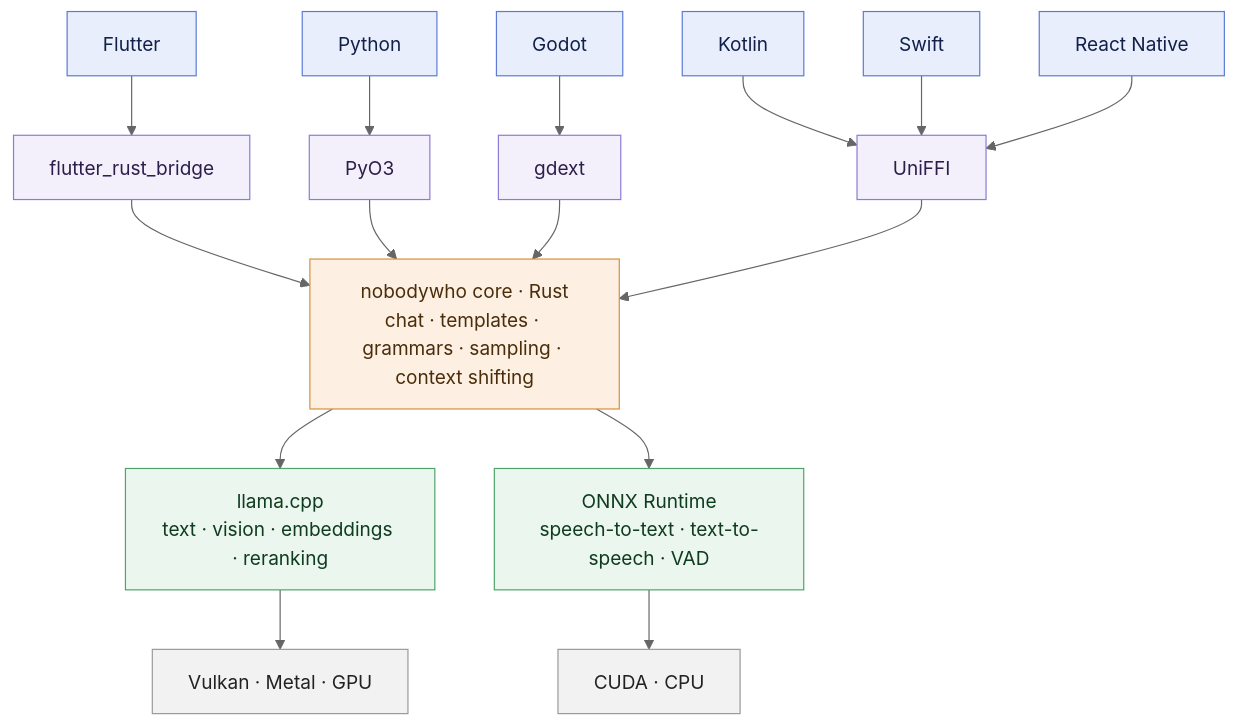
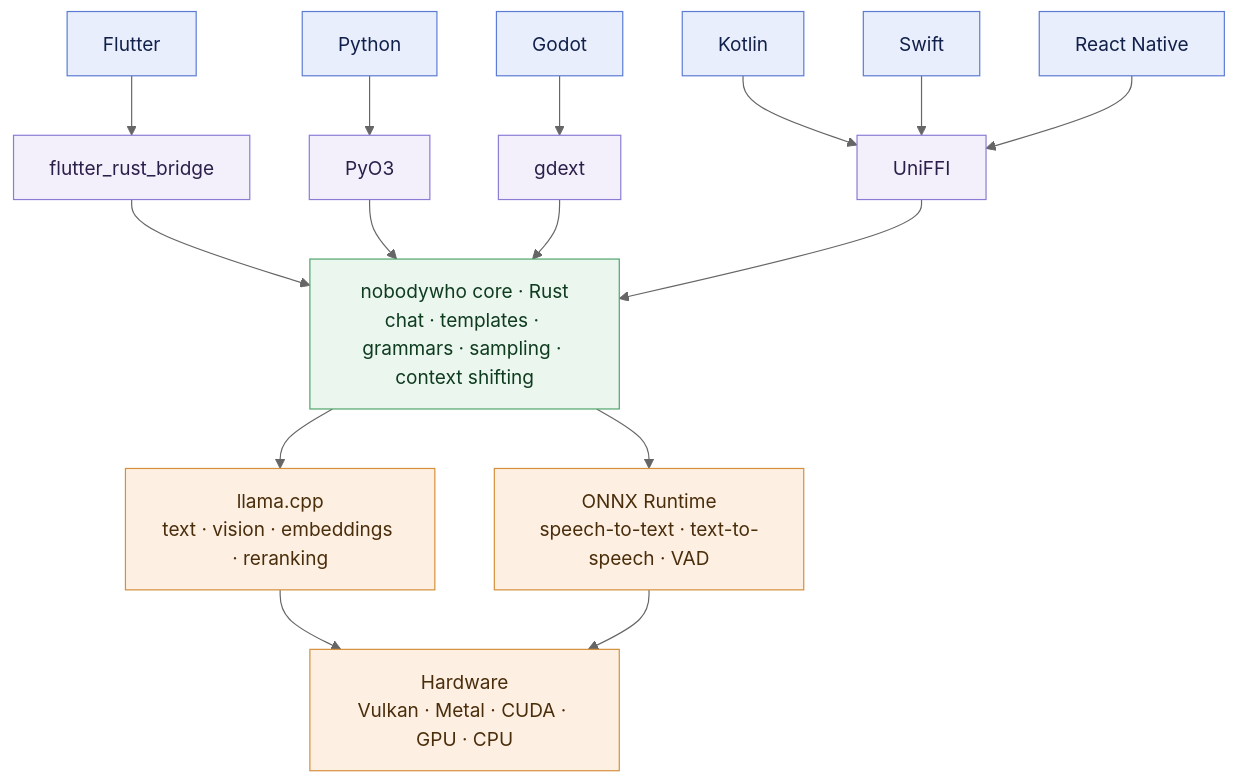
Before and after one commit to pielouNW/test-readme: the diagram in README.md, drawn with Mermaid (neutral theme).

````diff
--- a/README.md
+++ b/README.md
@@ -35,40 +35,40 @@
 ```mermaid
 flowchart TD
     FL["Flutter"]:::lang
     PY["Python"]:::lang
     GO["Godot"]:::lang
     K["Kotlin"]:::lang
     S["Swift"]:::lang
     RN["React Native"]:::lang
 
     FRB["flutter_rust_bridge"]:::glue
     P3["PyO3"]:::glue
     GX["gdext"]:::glue
     U["UniFFI"]:::glue
 
     FL --> FRB
     PY --> P3
     GO --> GX
     K --> U
     S --> U
     RN --> U
 
     CORE["nobodywho core · Rust<br/>chat · templates · grammars · sampling · context shifting"]:::core
 
     FRB --> CORE
     P3 --> CORE
     GX --> CORE
     U --> CORE
 
     CORE --> LCPP["llama.cpp<br/>text · vision · embeddings · reranking"]:::engine
     CORE --> ORT["ONNX Runtime<br/>speech-to-text · text-to-speech · VAD"]:::engine
 
-    LCPP --> HW1["Vulkan · Metal · GPU"]:::hw
-    ORT --> HW2["CUDA · CPU"]:::hw
+    LCPP --> HW["Hardware<br/>Vulkan · Metal · CUDA · GPU · CPU"]:::hw
+    ORT --> HW
 
     classDef lang fill:#e8eefc,stroke:#5b7bd5,color:#11204a
     classDef glue fill:#f3f0fb,stroke:#8b7bd5,color:#2a1f4a
-    classDef core fill:#fdf0e3,stroke:#d58f3b,color:#4a2d0b
-    classDef engine fill:#eaf6ee,stroke:#4fa46a,color:#0f3b1f
-    classDef hw fill:#f2f2f2,stroke:#999,color:#222
+    classDef core fill:#eaf6ee,stroke:#4fa46a,color:#0f3b1f
+    classDef engine fill:#fdf0e3,stroke:#d58f3b,color:#4a2d0b
+    classDef hw fill:#fdf0e3,stroke:#d58f3b,color:#4a2d0b
 ```
````
